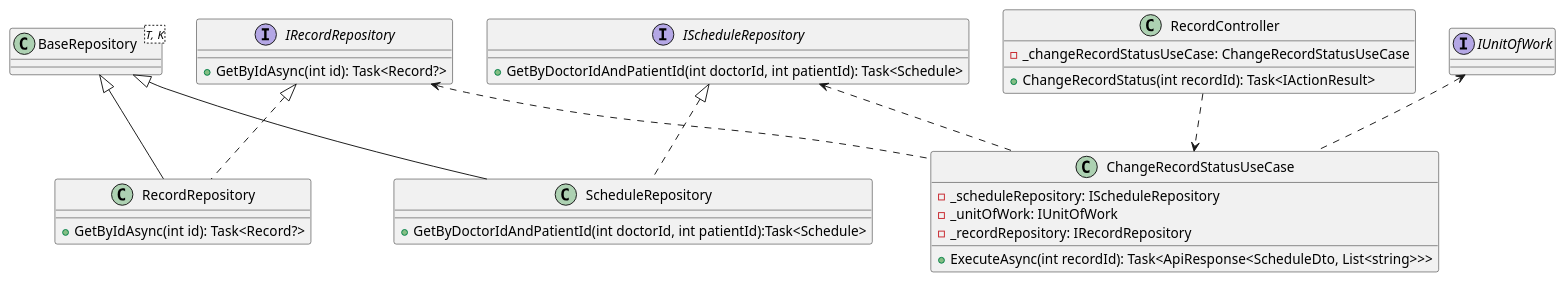
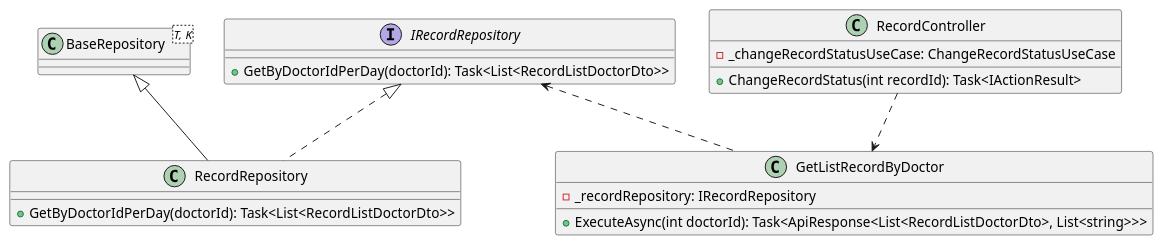
The diagram in ClassDiagram/Record/Get List Record (Queue).puml (jang1902/SEP490_Sequence), drawn with PlantUML before and after one commit. The commit also changed 9 other files, not shown here.

```diff
--- a/ClassDiagram/Record/Get List Record (Queue).puml
+++ b/ClassDiagram/Record/Get List Record (Queue).puml
@@ -1,44 +1,30 @@
 @startuml
 
 interface IRecordRepository{
- + GetByIdAsync(int id): Task<Record?>
+ + GetByDoctorIdPerDay(doctorId): Task<List<RecordListDoctorDto>>
 }
-interface IScheduleRepository{
-+GetByDoctorIdAndPatientId(int doctorId, int patientId): Task<Schedule>
-}
-interface IUnitOfWork
-
 class BaseRepository<T, K>
 
 class RecordRepository {
- + GetByIdAsync(int id): Task<Record?>
-}
-class ScheduleRepository{
-+ GetByDoctorIdAndPatientId(int doctorId, int patientId):Task<Schedule>
+ + GetByDoctorIdPerDay(doctorId): Task<List<RecordListDoctorDto>>
 }
 
-class ChangeRecordStatusUseCase {
-  - _scheduleRepository: IScheduleRepository
-  - _unitOfWork: IUnitOfWork
+class GetListRecordByDoctor {
   - _recordRepository: IRecordRepository
-  +ExecuteAsync(int recordId): Task<ApiResponse<ScheduleDto, List<string>>>
+  +ExecuteAsync(int doctorId): Task<ApiResponse<List<RecordListDoctorDto>, List<string>>>
 }
 
 
 class RecordController {
   - _changeRecordStatusUseCase: ChangeRecordStatusUseCase
   + ChangeRecordStatus(int recordId): Task<IActionResult>
 }
 
 
 
-BaseRepository <|-- ScheduleRepository
 BaseRepository <|-- RecordRepository
 IRecordRepository <|.. RecordRepository
-IRecordRepository <.. ChangeRecordStatusUseCase
-IScheduleRepository <|.. ScheduleRepository
-IScheduleRepository <.. ChangeRecordStatusUseCase
-IUnitOfWork <.. ChangeRecordStatusUseCase
-RecordController ..> ChangeRecordStatusUseCase
+IRecordRepository <.. GetListRecordByDoctor
+RecordController ..> GetListRecordByDoctor
 
 @enduml
```
